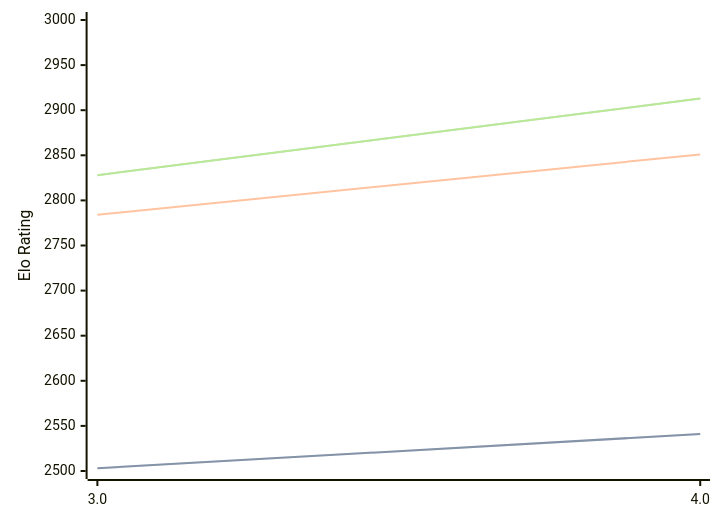
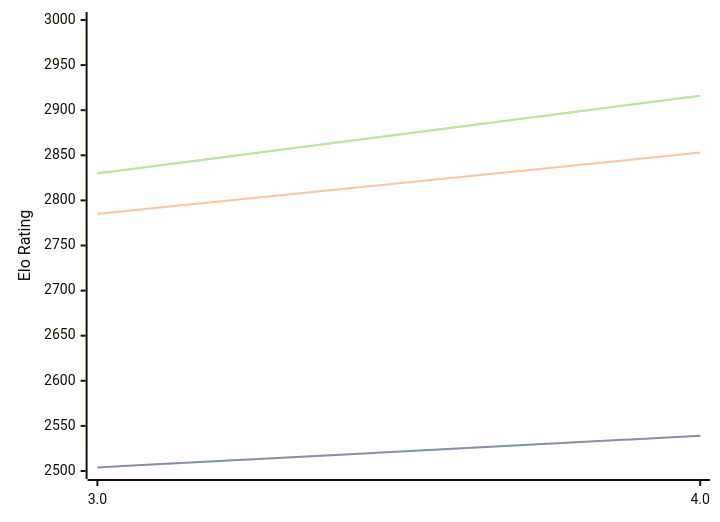
Before and after one commit to computer-chess-index/cci: the diagram in engines/Chess3.md, drawn with Mermaid. The commit also changed other lines of this file, not shown here.

Commit message:
Update CCI Ratings (ELO VLTC) - 2026-04-11

````diff
--- a/engines/Chess3.md
+++ b/engines/Chess3.md
@@ -34,11 +34,11 @@
 ```mermaid
 %%{init: {"theme":"base","themeVariables":{"seriesColors:['#a3a3a3','#222221','#faa371']}}}%%
 xychart-beta
   x-axis ["3.0", "4.0"]
   y-axis "Elo Rating" 2500 --> 3000
-  line "STC (8.0+0.08s)" [2503, 2541]
-  line "STC (8.0+0.08s)" [2503, 2541]
-  line "LTC (60.0+0.60s)" [2784, 2851]
-  line "VLTC (2m24s+1.12s)" [2828, 2913]
-  line "VLTC (2m24s+1.12s)" [2828, 2913]
+  line "STC (8.0+0.08s)" [2504, 2539]
+  line "STC (8.0+0.08s)" [2504, 2539]
+  line "LTC (60.0+0.60s)" [2785, 2853]
+  line "VLTC (2m24s+1.12s)" [2830, 2916]
+  line "VLTC (2m24s+1.12s)" [2830, 2916]
 ```
````
